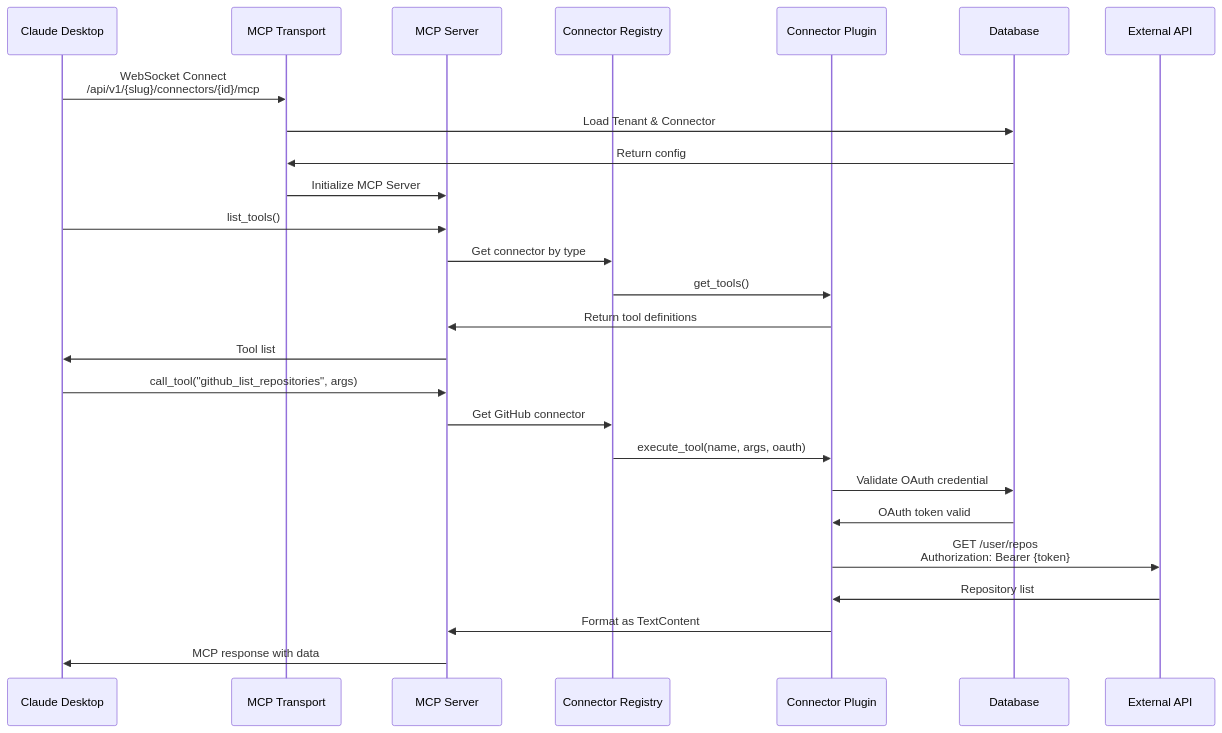
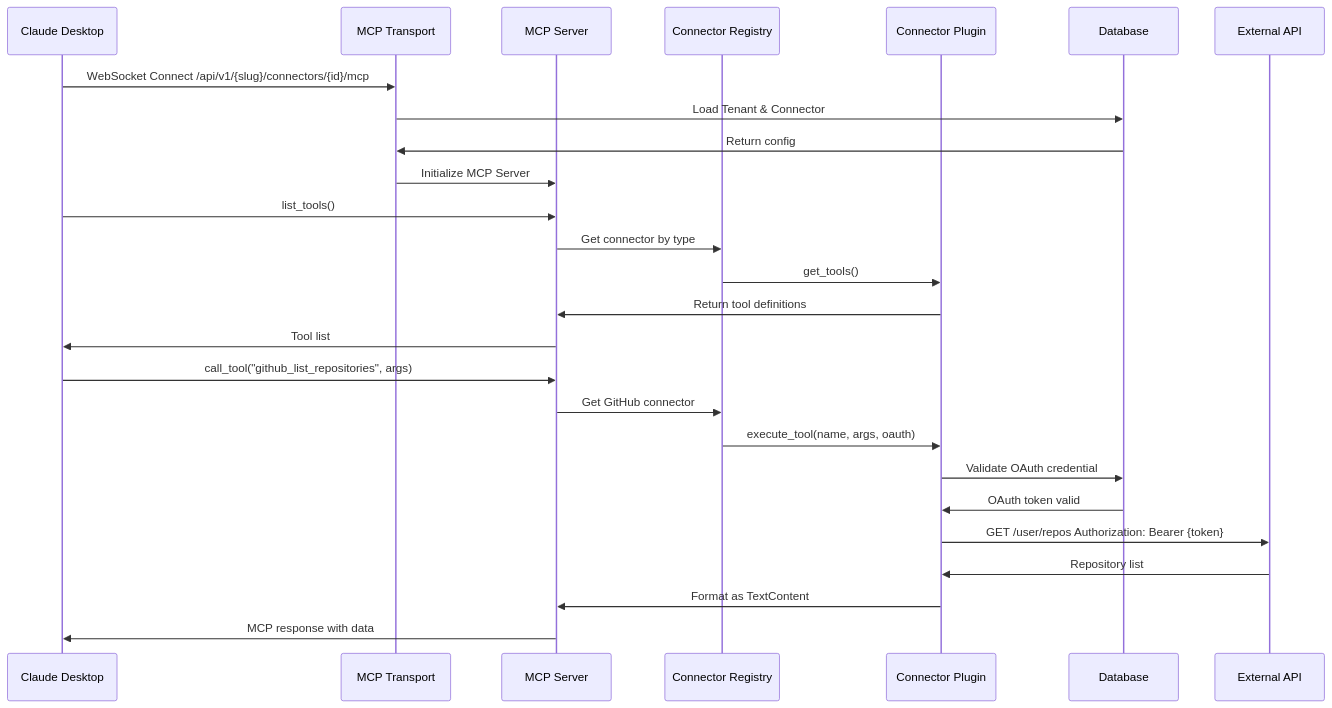
One commit to mvmcode/SageMCP changed the fourth of 11 diagrams in docs/architecture.md. Above: the diagram before and after it, drawn with Mermaid. The commit also changed other lines of this file, not shown here.

````diff
--- a/docs/architecture.md
+++ b/docs/architecture.md
@@ -208,31 +231,31 @@
 ```mermaid
 sequenceDiagram
     participant Client as Claude Desktop
     participant Transport as MCP Transport
     participant Server as MCP Server
     participant Registry as Connector Registry
     participant Connector as Connector Plugin
     participant DB as Database
     participant API as External API
 
-    Client->>Transport: WebSocket Connect<br/>/api/v1/{slug}/connectors/{id}/mcp
+    Client->>Transport: WebSocket Connect /api/v1/{slug}/connectors/{id}/mcp
     Transport->>DB: Load Tenant & Connector
     DB->>Transport: Return config
     Transport->>Server: Initialize MCP Server
 
     Client->>Server: list_tools()
     Server->>Registry: Get connector by type
     Registry->>Connector: get_tools()
     Connector->>Server: Return tool definitions
     Server->>Client: Tool list
 
     Client->>Server: call_tool("github_list_repositories", args)
     Server->>Registry: Get GitHub connector
     Registry->>Connector: execute_tool(name, args, oauth)
     Connector->>DB: Validate OAuth credential
     DB->>Connector: OAuth token valid
-    Connector->>API: GET /user/repos<br/>Authorization: Bearer {token}
+    Connector->>API: GET /user/repos Authorization: Bearer {token}
     API->>Connector: Repository list
     Connector->>Server: Format as TextContent
     Server->>Client: MCP response with data
 ```
````
